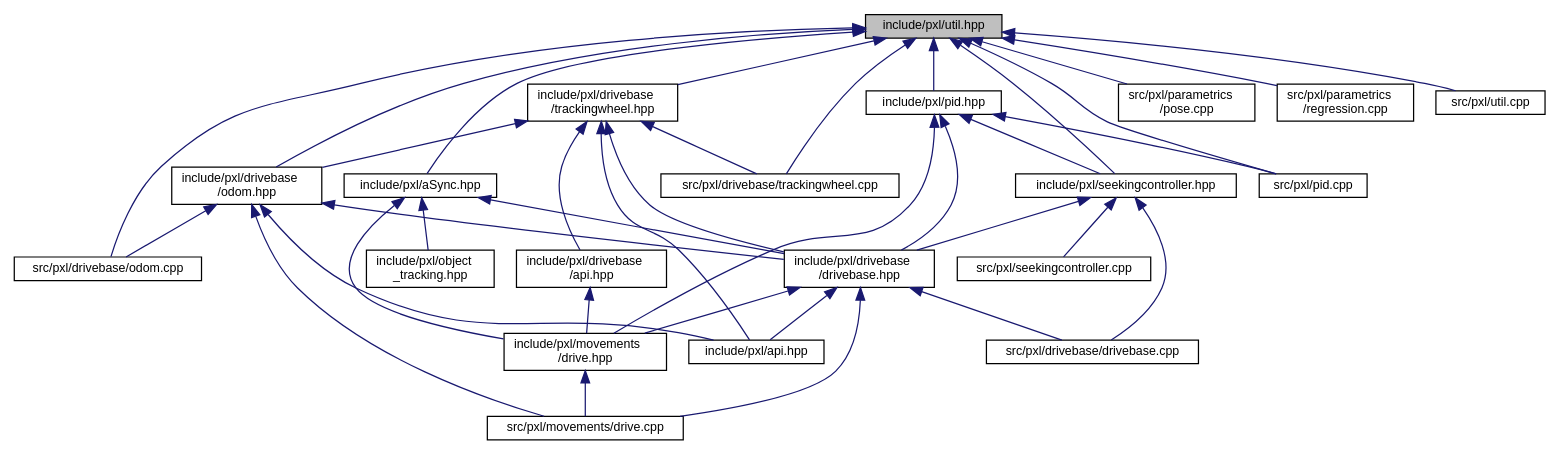
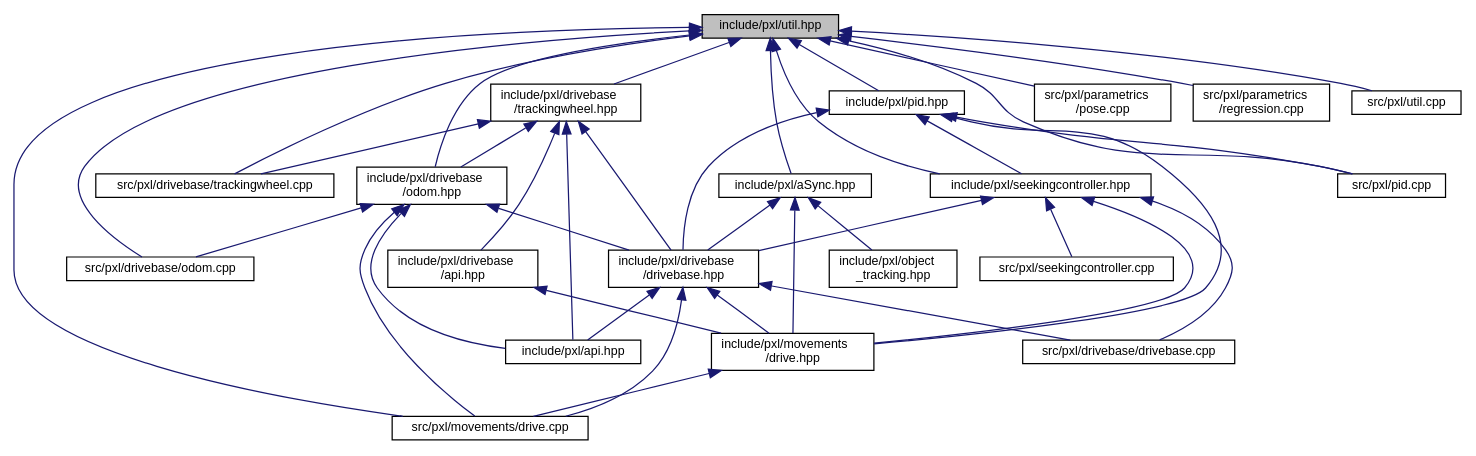
The diagram in util_8hpp__dep__incl.dot (Pixel-Lib/Pixel), drawn with Graphviz before and after one commit. The commit also changed 133 other files, not shown here.

```diff
--- a/util_8hpp__dep__incl.dot
+++ b/util_8hpp__dep__incl.dot
@@ -1,62 +1,64 @@
 digraph "include/pxl/util.hpp"
 {
  // LATEX_PDF_SIZE
   edge [fontname="Helvetica",fontsize="10",labelfontname="Helvetica",labelfontsize="10"];
   node [fontname="Helvetica",fontsize="10",shape=record];
   Node1 [label="include/pxl/util.hpp",height=0.2,width=0.4,color="black", fillcolor="grey75", style="filled", fontcolor="black",tooltip=" "];
   Node1 -> Node2 [dir="back",color="midnightblue",fontsize="10",style="solid",fontname="Helvetica"];
   Node2 [label="include/pxl/aSync.hpp",height=0.2,width=0.4,color="black", fillcolor="white", style="filled",URL="$aSync_8hpp.html",tooltip=" "];
   Node2 -> Node3 [dir="back",color="midnightblue",fontsize="10",style="solid",fontname="Helvetica"];
   Node3 [label="include/pxl/drivebase\l/drivebase.hpp",height=0.2,width=0.4,color="black", fillcolor="white", style="filled",URL="$drivebase_8hpp.html",tooltip=" "];
   Node3 -> Node4 [dir="back",color="midnightblue",fontsize="10",style="solid",fontname="Helvetica"];
   Node4 [label="include/pxl/api.hpp",height=0.2,width=0.4,color="black", fillcolor="white", style="filled",URL="$api_8hpp.html",tooltip=" "];
   Node3 -> Node5 [dir="back",color="midnightblue",fontsize="10",style="solid",fontname="Helvetica"];
   Node5 [label="include/pxl/movements\l/drive.hpp",height=0.2,width=0.4,color="black", fillcolor="white", style="filled",URL="$drive_8hpp.html",tooltip=" "];
   Node5 -> Node6 [dir="back",color="midnightblue",fontsize="10",style="solid",fontname="Helvetica"];
   Node6 [label="src/pxl/movements/drive.cpp",height=0.2,width=0.4,color="black", fillcolor="white", style="filled",URL="$drive_8cpp.html",tooltip=" "];
   Node3 -> Node7 [dir="back",color="midnightblue",fontsize="10",style="solid",fontname="Helvetica"];
   Node7 [label="src/pxl/drivebase/drivebase.cpp",height=0.2,width=0.4,color="black", fillcolor="white", style="filled",URL="$drivebase_8cpp.html",tooltip=" "];
   Node3 -> Node6 [dir="back",color="midnightblue",fontsize="10",style="solid",fontname="Helvetica"];
   Node2 -> Node5 [dir="back",color="midnightblue",fontsize="10",style="solid",fontname="Helvetica"];
   Node2 -> Node8 [dir="back",color="midnightblue",fontsize="10",style="solid",fontname="Helvetica"];
   Node8 [label="include/pxl/object\l_tracking.hpp",height=0.2,width=0.4,color="black", fillcolor="white", style="filled",URL="$object__tracking_8hpp.html",tooltip=" "];
   Node1 -> Node9 [dir="back",color="midnightblue",fontsize="10",style="solid",fontname="Helvetica"];
   Node9 [label="include/pxl/drivebase\l/odom.hpp",height=0.2,width=0.4,color="black", fillcolor="white", style="filled",URL="$odom_8hpp.html",tooltip=" "];
   Node9 -> Node4 [dir="back",color="midnightblue",fontsize="10",style="solid",fontname="Helvetica"];
   Node9 -> Node3 [dir="back",color="midnightblue",fontsize="10",style="solid",fontname="Helvetica"];
   Node9 -> Node10 [dir="back",color="midnightblue",fontsize="10",style="solid",fontname="Helvetica"];
   Node10 [label="src/pxl/drivebase/odom.cpp",height=0.2,width=0.4,color="black", fillcolor="white", style="filled",URL="$odom_8cpp.html",tooltip=" "];
   Node9 -> Node6 [dir="back",color="midnightblue",fontsize="10",style="solid",fontname="Helvetica"];
   Node1 -> Node11 [dir="back",color="midnightblue",fontsize="10",style="solid",fontname="Helvetica"];
   Node11 [label="include/pxl/drivebase\l/trackingwheel.hpp",height=0.2,width=0.4,color="black", fillcolor="white", style="filled",URL="$trackingwheel_8hpp.html",tooltip=" "];
   Node11 -> Node4 [dir="back",color="midnightblue",fontsize="10",style="solid",fontname="Helvetica"];
   Node11 -> Node12 [dir="back",color="midnightblue",fontsize="10",style="solid",fontname="Helvetica"];
   Node12 [label="include/pxl/drivebase\l/api.hpp",height=0.2,width=0.4,color="black", fillcolor="white", style="filled",URL="$drivebase_2api_8hpp.html",tooltip=" "];
   Node12 -> Node5 [dir="back",color="midnightblue",fontsize="10",style="solid",fontname="Helvetica"];
   Node11 -> Node3 [dir="back",color="midnightblue",fontsize="10",style="solid",fontname="Helvetica"];
   Node11 -> Node9 [dir="back",color="midnightblue",fontsize="10",style="solid",fontname="Helvetica"];
   Node11 -> Node13 [dir="back",color="midnightblue",fontsize="10",style="solid",fontname="Helvetica"];
   Node13 [label="src/pxl/drivebase/trackingwheel.cpp",height=0.2,width=0.4,color="black", fillcolor="white", style="filled",URL="$trackingwheel_8cpp.html",tooltip=" "];
   Node1 -> Node14 [dir="back",color="midnightblue",fontsize="10",style="solid",fontname="Helvetica"];
   Node14 [label="include/pxl/pid.hpp",height=0.2,width=0.4,color="black", fillcolor="white", style="filled",URL="$pid_8hpp.html",tooltip=" "];
   Node14 -> Node3 [dir="back",color="midnightblue",fontsize="10",style="solid",fontname="Helvetica"];
   Node14 -> Node5 [dir="back",color="midnightblue",fontsize="10",style="solid",fontname="Helvetica"];
   Node14 -> Node15 [dir="back",color="midnightblue",fontsize="10",style="solid",fontname="Helvetica"];
   Node15 [label="include/pxl/seekingcontroller.hpp",height=0.2,width=0.4,color="black", fillcolor="white", style="filled",URL="$seekingcontroller_8hpp.html",tooltip=" "];
   Node15 -> Node3 [dir="back",color="midnightblue",fontsize="10",style="solid",fontname="Helvetica"];
+  Node15 -> Node5 [dir="back",color="midnightblue",fontsize="10",style="solid",fontname="Helvetica"];
   Node15 -> Node7 [dir="back",color="midnightblue",fontsize="10",style="solid",fontname="Helvetica"];
   Node15 -> Node16 [dir="back",color="midnightblue",fontsize="10",style="solid",fontname="Helvetica"];
   Node16 [label="src/pxl/seekingcontroller.cpp",height=0.2,width=0.4,color="black", fillcolor="white", style="filled",URL="$seekingcontroller_8cpp.html",tooltip=" "];
   Node14 -> Node17 [dir="back",color="midnightblue",fontsize="10",style="solid",fontname="Helvetica"];
   Node17 [label="src/pxl/pid.cpp",height=0.2,width=0.4,color="black", fillcolor="white", style="filled",URL="$pid_8cpp.html",tooltip=" "];
   Node1 -> Node15 [dir="back",color="midnightblue",fontsize="10",style="solid",fontname="Helvetica"];
   Node1 -> Node10 [dir="back",color="midnightblue",fontsize="10",style="solid",fontname="Helvetica"];
   Node1 -> Node13 [dir="back",color="midnightblue",fontsize="10",style="solid",fontname="Helvetica"];
+  Node1 -> Node6 [dir="back",color="midnightblue",fontsize="10",style="solid",fontname="Helvetica"];
   Node1 -> Node18 [dir="back",color="midnightblue",fontsize="10",style="solid",fontname="Helvetica"];
   Node18 [label="src/pxl/parametrics\l/pose.cpp",height=0.2,width=0.4,color="black", fillcolor="white", style="filled",URL="$pose_8cpp.html",tooltip=" "];
   Node1 -> Node19 [dir="back",color="midnightblue",fontsize="10",style="solid",fontname="Helvetica"];
   Node19 [label="src/pxl/parametrics\l/regression.cpp",height=0.2,width=0.4,color="black", fillcolor="white", style="filled",URL="$regression_8cpp.html",tooltip=" "];
   Node1 -> Node17 [dir="back",color="midnightblue",fontsize="10",style="solid",fontname="Helvetica"];
   Node1 -> Node20 [dir="back",color="midnightblue",fontsize="10",style="solid",fontname="Helvetica"];
   Node20 [label="src/pxl/util.cpp",height=0.2,width=0.4,color="black", fillcolor="white", style="filled",URL="$util_8cpp.html",tooltip=" "];
 }
```
